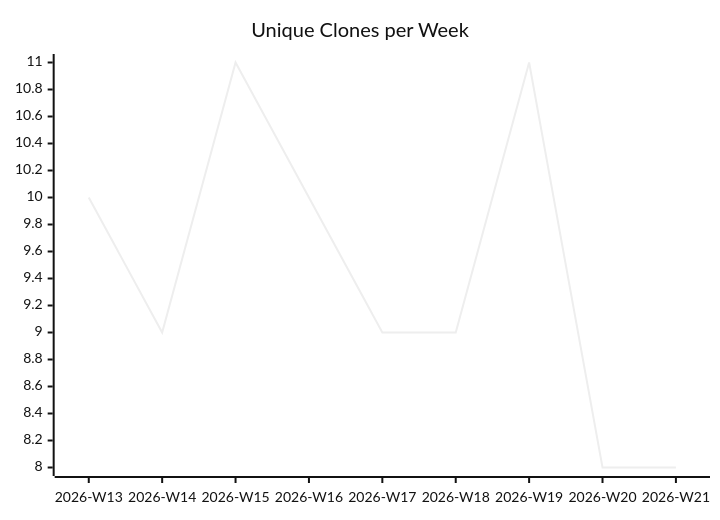
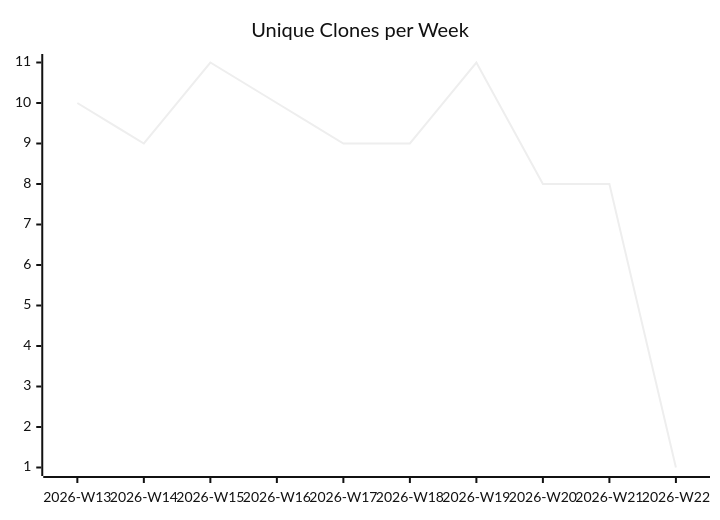
The third of 3 diagrams in karlmdavis/usgs-water-api-java/README.md (justdavis-family/github-analytics-data), drawn with Mermaid (neutral theme) before and after one commit. The commit also changed other lines of this file and 190 other files, not shown here.

````diff
--- a/karlmdavis/usgs-water-api-java/README.md
+++ b/karlmdavis/usgs-water-api-java/README.md
@@ -19,6 +19,6 @@
 ```mermaid
 xychart-beta
   title "Unique Clones per Week"
-  x-axis ["2026-W13", "2026-W14", "2026-W15", "2026-W16", "2026-W17", "2026-W18", "2026-W19", "2026-W20", "2026-W21"]
-  line [10, 9, 11, 10, 9, 9, 11, 8, 8]
+  x-axis ["2026-W13", "2026-W14", "2026-W15", "2026-W16", "2026-W17", "2026-W18", "2026-W19", "2026-W20", "2026-W21", "2026-W22"]
+  line [10, 9, 11, 10, 9, 9, 11, 8, 8, 1]
 ```
````
